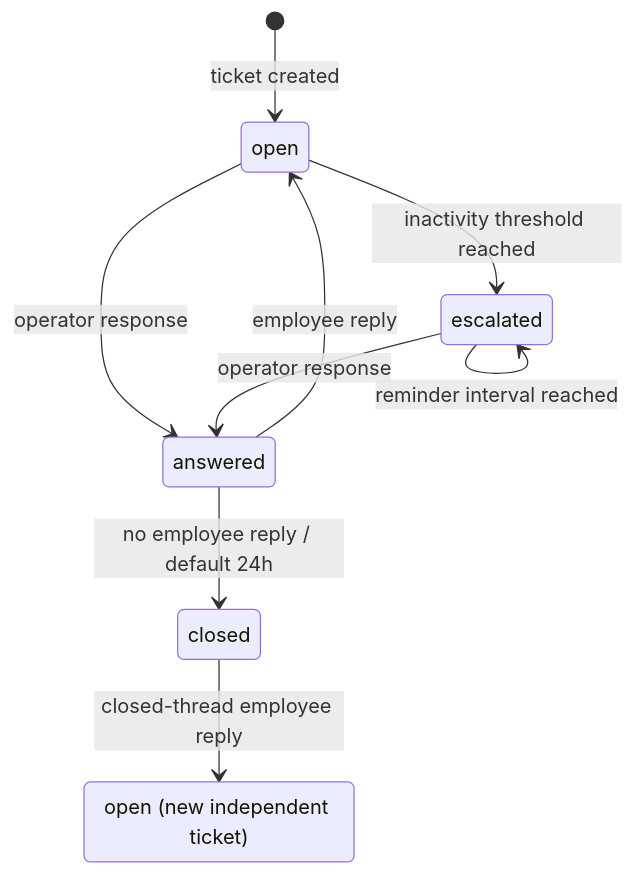
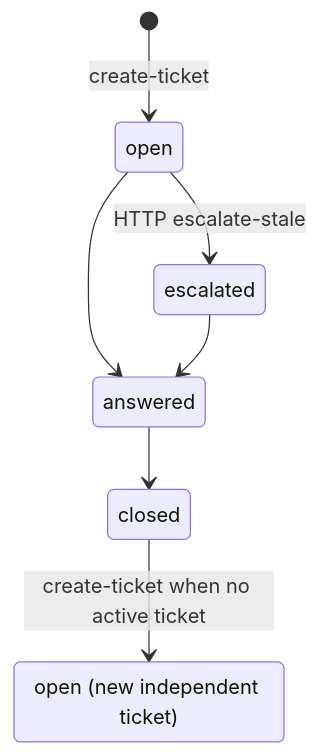
The second of 2 diagrams in docs/architecture.md (denbon05/llm-developer-project-425), drawn with Mermaid before and after one commit. The commit also changed other lines of this file and 36 other files, not shown here.

First line of the commit message:
feat(ticketing): add Phase 3 persistence, MCP tools, and escalate HTTP

````diff
--- a/docs/architecture.md
+++ b/docs/architecture.md
@@ -264,12 +300,10 @@
 ```mermaid
 stateDiagram-v2
-    [*] --> open: ticket created
-    open --> escalated: inactivity threshold reached
-    escalated --> escalated: reminder interval reached
-    open --> answered: operator response
-    escalated --> answered: operator response
-    answered --> open: employee reply
-    answered --> closed: no employee reply / default 24h
-    closed --> NewTicket: closed-thread employee reply
+    [*] --> open: create-ticket
+    open --> escalated: HTTP escalate-stale
+    open --> answered
+    escalated --> answered
+    answered --> closed
+    closed --> NewTicket: create-ticket when no active ticket
     state "open (new independent ticket)" as NewTicket
 ```
````
